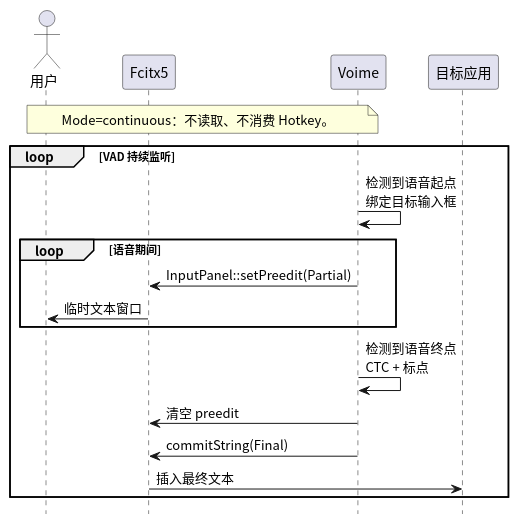
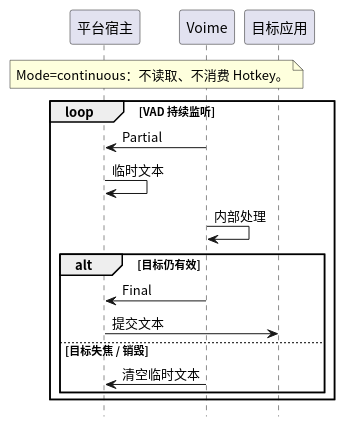
Before and after one commit to 54m43lJ/voime: the diagram in diagram/seq-continuous.puml, drawn with PlantUML. The commit also changed 192 other files, not shown here.

```diff
--- a/diagram/seq-continuous.puml
+++ b/diagram/seq-continuous.puml
@@ -1,26 +1,25 @@
 @startuml
 skinparam defaultFontName "Noto Sans CJK SC"
 skinparam shadowing false
 hide footbox
 
-actor "用户" as User
-participant "Fcitx5" as Fcitx
+participant "平台宿主" as Host
 participant "Voime" as Voime
 participant "目标应用" as App
 
-note over User, Voime
+note over Host, Voime
   Mode=continuous：不读取、不消费 Hotkey。
 end note
 
 loop VAD 持续监听
-  Voime -> Voime : 检测到语音起点\n绑定目标输入框
-  loop 语音期间
-    Voime -> Fcitx : InputPanel::setPreedit(Partial)
-    Fcitx -> User : 临时文本窗口
+  Voime -> Host : Partial
+  Host -> Host : 临时文本
+  Voime -> Voime : 内部处理
+  alt 目标仍有效
+    Voime -> Host : Final
+    Host -> App : 提交文本
+  else 目标失焦 / 销毁
+    Voime -> Host : 清空临时文本
   end
-  Voime -> Voime : 检测到语音终点\nCTC + 标点
-  Voime -> Fcitx : 清空 preedit
-  Voime -> Fcitx : commitString(Final)
-  Fcitx -> App : 插入最终文本
 end
 @enduml
```
